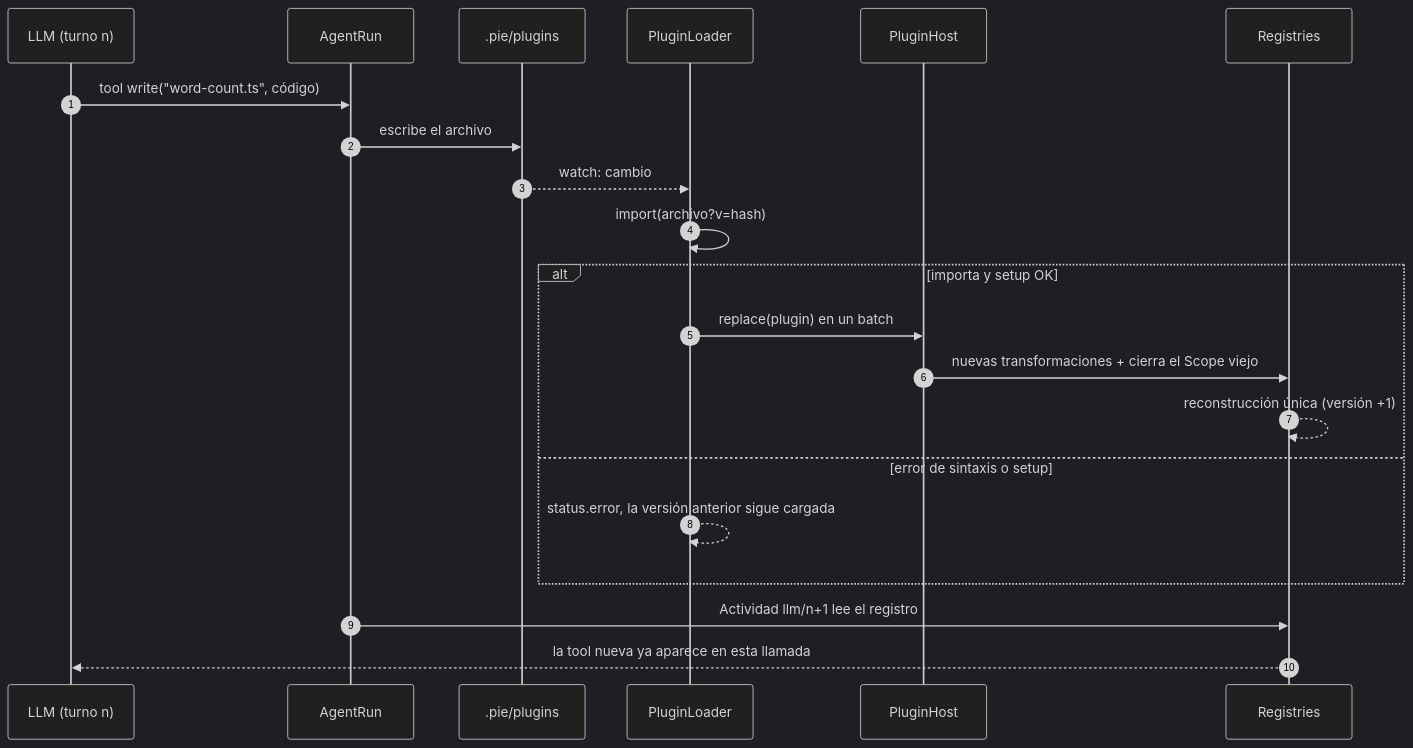
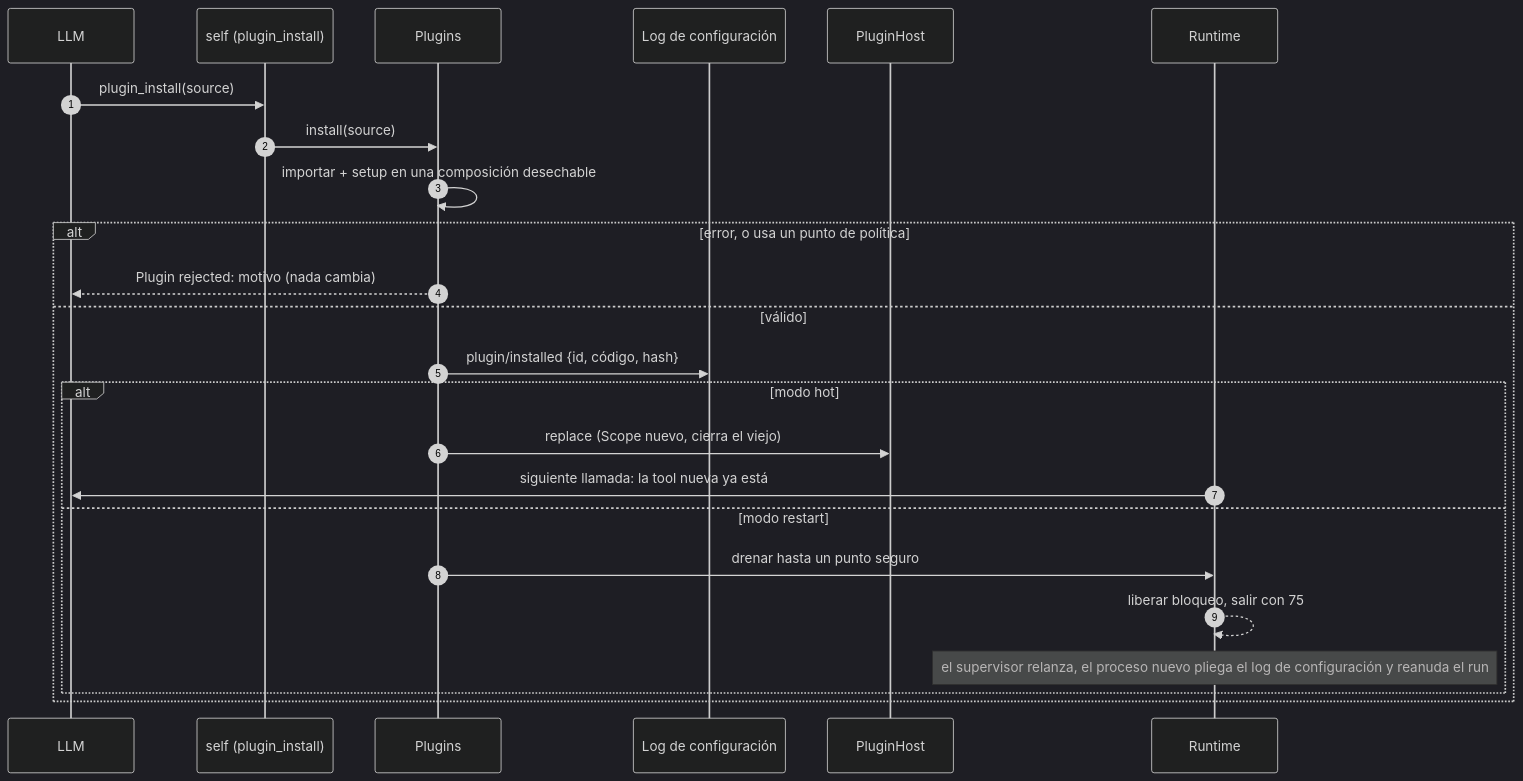
One commit to JavierDeDiegoGuzman/pie changed the diagram in docs/diagramas/automodificacion.mmd. Above: the diagram before and after it, drawn with Mermaid (dark theme). The commit also changed 51 other files, not shown here.

```diff
--- a/docs/diagramas/automodificacion.mmd
+++ b/docs/diagramas/automodificacion.mmd
@@ -1,21 +1,24 @@
 sequenceDiagram
   autonumber
-  participant M as LLM (turno n)
-  participant W as AgentRun
-  participant F as .pie/plugins
-  participant P as PluginLoader
+  participant M as LLM
+  participant S as self (plugin_install)
+  participant P as Plugins
+  participant C as Log de configuración
   participant H as PluginHost
-  participant R as Registries
-  M->>W: tool write("word-count.ts", código)
-  W->>F: escribe el archivo
-  F-->>P: watch: cambio
-  P->>P: import(archivo?v=hash)
-  alt importa y setup OK
-    P->>H: replace(plugin) en un batch
-    H->>R: nuevas transformaciones + cierra el Scope viejo
-    R-->>R: reconstrucción única (versión +1)
-  else error de sintaxis o setup
-    P-->>P: status.error, la versión anterior sigue cargada
+  participant R as Runtime
+  M->>S: plugin_install(source)
+  S->>P: install(source)
+  P->>P: importar + setup en una composición desechable
+  alt error, o usa un punto de política
+    P-->>M: Plugin rejected: motivo (nada cambia)
+  else válido
+    P->>C: plugin/installed {id, código, hash}
+    alt modo hot
+      P->>H: replace (Scope nuevo, cierra el viejo)
+      R->>M: siguiente llamada: la tool nueva ya está
+    else modo restart
+      P->>R: drenar hasta un punto seguro
+      R-->>R: liberar bloqueo, salir con 75
+      Note over R: el supervisor relanza, el proceso nuevo pliega el log de configuración y reanuda el run
+    end
   end
-  W->>R: Actividad llm/n+1 lee el registro
-  R-->>M: la tool nueva ya aparece en esta llamada
```
